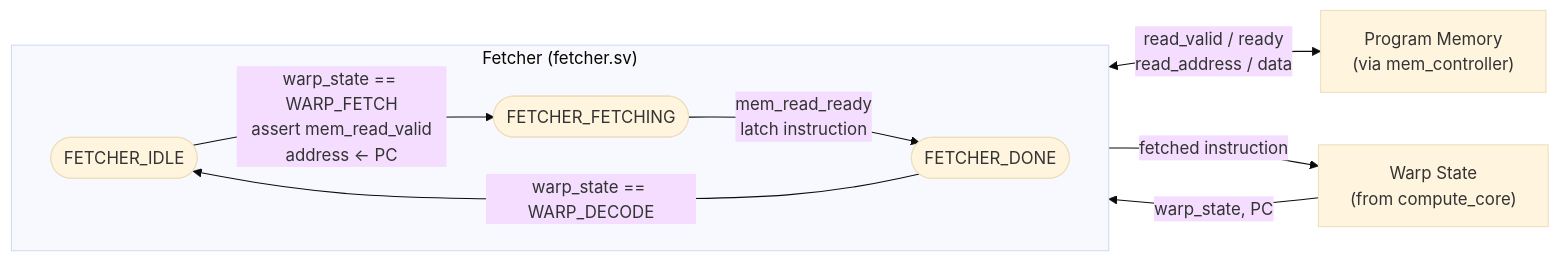
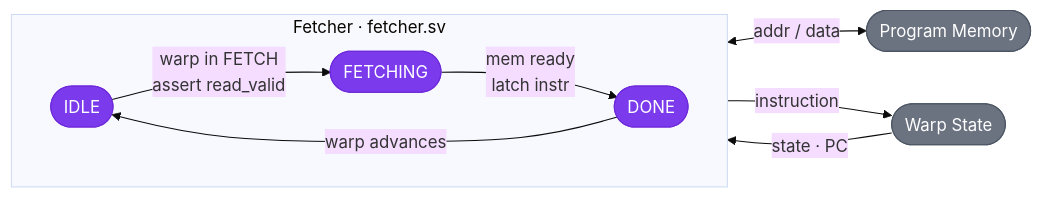
The fifth of 10 diagrams in README.md (1arka02/mini_virgo), drawn with Mermaid (base theme) before and after one commit. The commit also changed other lines of this file and 9 other files, not shown here.

````diff
--- a/README.md
+++ b/README.md
@@ -314,20 +276,24 @@
 ```mermaid
 flowchart LR
-    subgraph Fetcher ["Fetcher (fetcher.sv)"]
+    classDef fsm fill:#7c3aed,stroke:#6d28d9,color:#fff
+    classDef ext fill:#6b7280,stroke:#4b5563,color:#fff
+
+    WarpCtrl(["Warp State"]):::ext
+
+    subgraph Fetcher ["Fetcher  ·  fetcher.sv"]
         direction LR
-        IDLE(["FETCHER_IDLE"])
-        FETCHING(["FETCHER_FETCHING"])
-        DONE_F(["FETCHER_DONE"])
+        IDLE(["IDLE"]):::fsm
+        FETCHING(["FETCHING"]):::fsm
+        DONE_F(["DONE"]):::fsm
 
-        IDLE -->|"warp_state == WARP_FETCH\nassert mem_read_valid\naddress ← PC"| FETCHING
-        FETCHING -->|"mem_read_ready\nlatch instruction"| DONE_F
-        DONE_F -->|"warp_state == WARP_DECODE"| IDLE
+        IDLE -->|"warp in FETCH\nassert read_valid"| FETCHING
+        FETCHING -->|"mem ready\nlatch instr"| DONE_F
+        DONE_F -->|"warp advances"| IDLE
     end
 
-    ProgMem["Program Memory\n(via mem_controller)"]
-    WarpCtrl["Warp State\n(from compute_core)"]
+    ProgMem(["Program Memory"]):::ext
 
-    WarpCtrl -->|"warp_state, PC"| IDLE
-    FETCHING <-->|"read_valid / ready\nread_address / data"| ProgMem
-    DONE_F -->|"fetched instruction"| WarpCtrl
+    WarpCtrl -->|"state · PC"| IDLE
+    FETCHING <-->|"addr / data"| ProgMem
+    DONE_F -->|"instruction"| WarpCtrl
 ```
````
